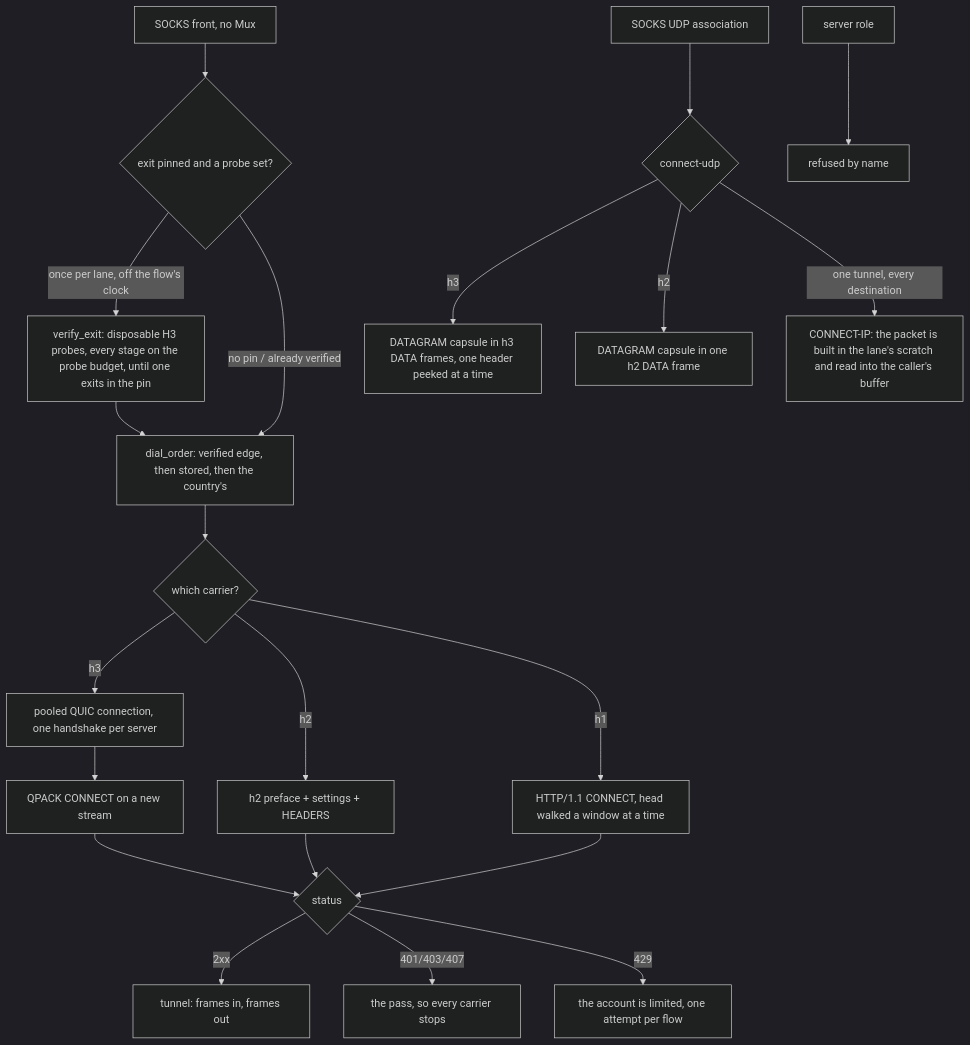
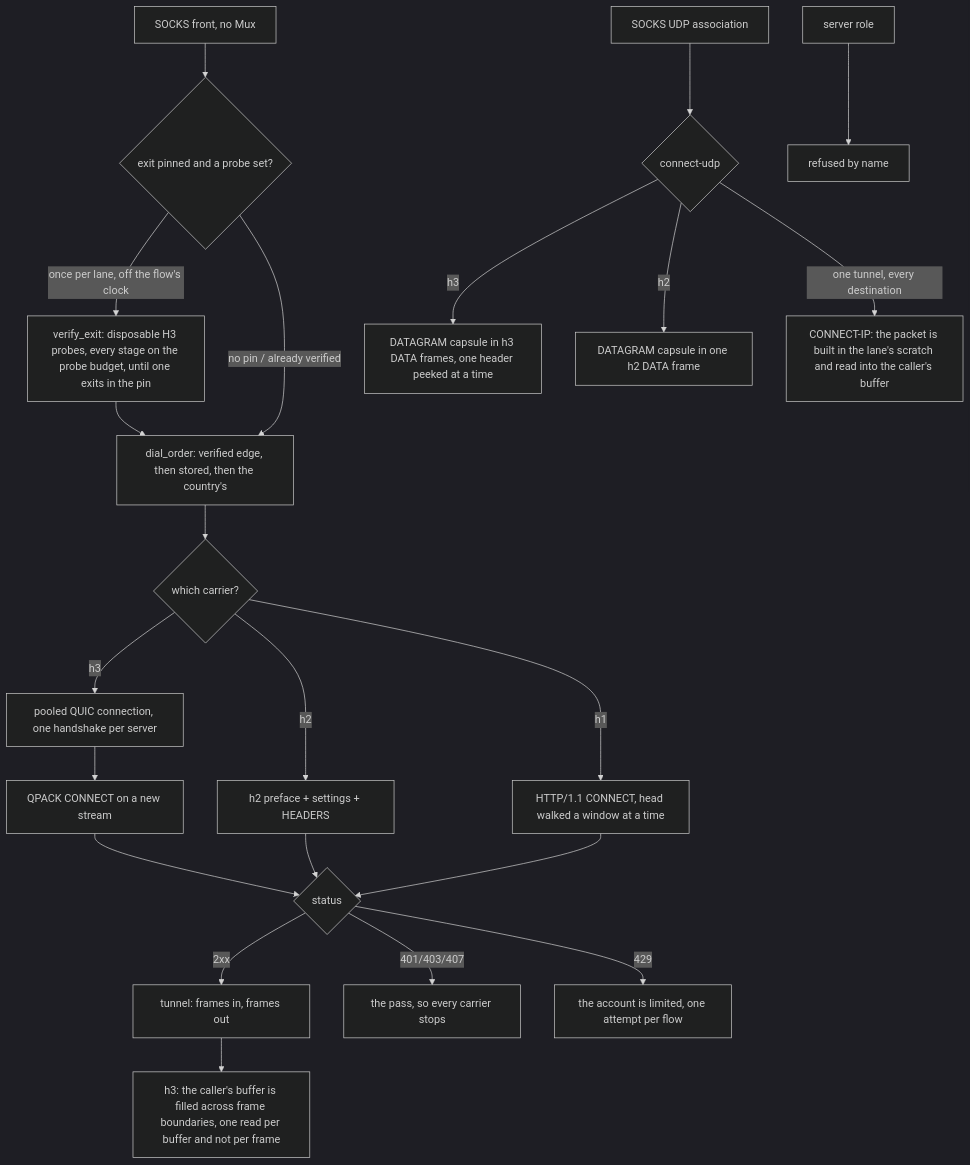
Before and after one commit to Ferrocite/ferrox: the diagram in docs/function/carrier-foxy.md, drawn with Mermaid (dark theme). The commit also changed other lines of this file and 2 other files, not shown here.

````diff
--- a/docs/function/carrier-foxy.md
+++ b/docs/function/carrier-foxy.md
@@ -20,23 +20,24 @@
 ```mermaid
 graph TD
     S["SOCKS front, no Mux"] --> V{"exit pinned and a probe set?"}
     V -- "once per lane, off the flow's clock" --> P["verify_exit: disposable H3 probes, every stage on the probe budget, until one exits in the pin"]
     P --> O["dial_order: verified edge, then stored, then the country's"]
     V -- "no pin / already verified" --> O
     O --> T{"which carrier?"}
     T -- h3 --> Pq["pooled QUIC connection, one handshake per server"]
     Pq --> H["QPACK CONNECT on a new stream"]
     T -- h2 --> G["h2 preface + settings + HEADERS"]
     T -- h1 --> L["HTTP/1.1 CONNECT, head walked a window at a time"]
     H --> R{"status"}
     G --> R
     L --> R
     R -- 2xx --> D["tunnel: frames in, frames out"]
+    D --> D2["h3: the caller's buffer is filled across frame boundaries, one read per buffer and not per frame"]
     R -- 401/403/407 --> X["the pass, so every carrier stops"]
     R -- 429 --> Y["the account is limited, one attempt per flow"]
     U["SOCKS UDP association"] --> Q{"connect-udp"}
     Q -- h3 --> C["DATAGRAM capsule in h3 DATA frames, one header peeked at a time"]
     Q -- h2 --> E["DATAGRAM capsule in one h2 DATA frame"]
     Q -- "one tunnel, every destination" --> I["CONNECT-IP: the packet is built in the lane's scratch and read into the caller's buffer"]
     H2S["server role"] --> N["refused by name"]
 ```
````
